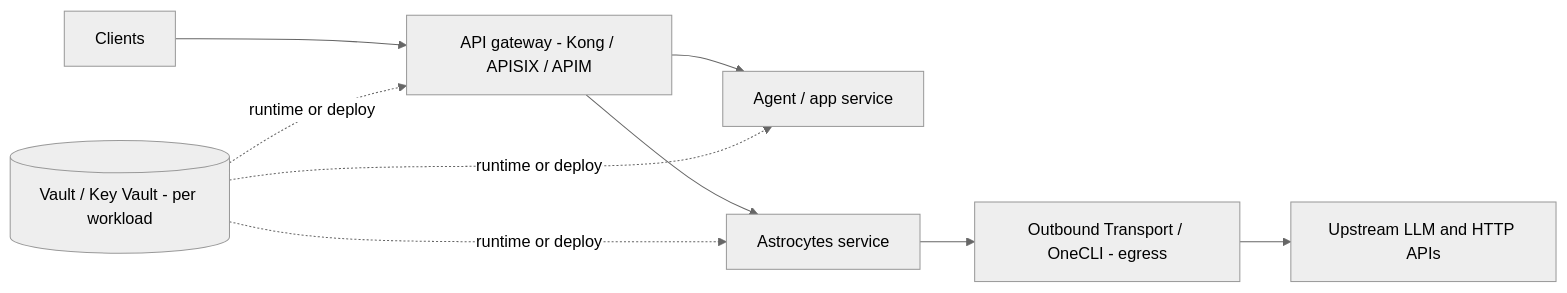
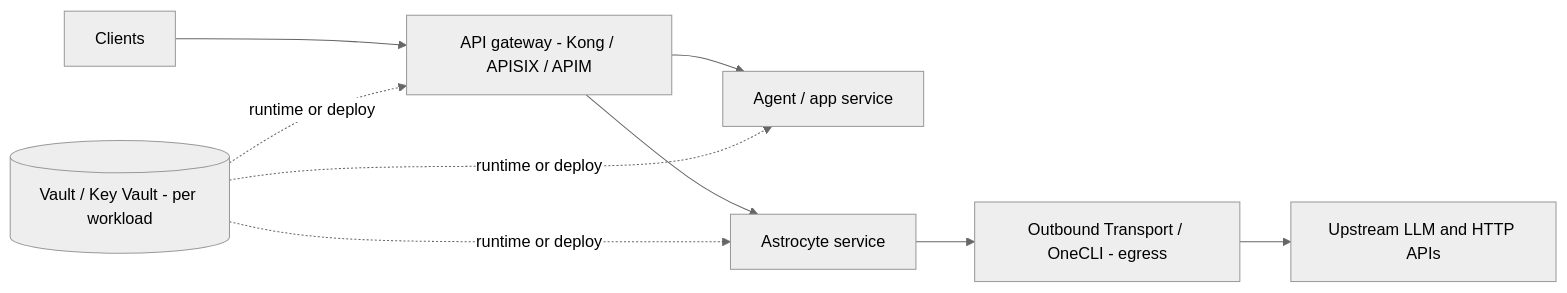
The fifth of 6 diagrams in docs/_design/architecture-framework.md (AstrocyteAI/astrocyte), drawn with Mermaid (neutral theme) before and after one commit. The commit also changed other lines of this file and 101 other files, not shown here.

````diff
--- a/docs/_design/architecture-framework.md
+++ b/docs/_design/architecture-framework.md
@@ -303,17 +303,17 @@
 ```mermaid
 flowchart LR
   C[Clients]
   GW[API gateway - Kong / APISIX / APIM]
   APP[Agent / app service]
-  AST[Astrocytes service]
+  AST[Astrocyte service]
   V[(Vault / Key Vault - per workload)]
   OT[Outbound Transport / OneCLI - egress]
   UP[Upstream LLM and HTTP APIs]
   C --> GW
   GW --> APP
   GW --> AST
   V -.->|runtime or deploy| GW
   V -.->|runtime or deploy| APP
   V -.->|runtime or deploy| AST
   AST --> OT --> UP
 ```
````
